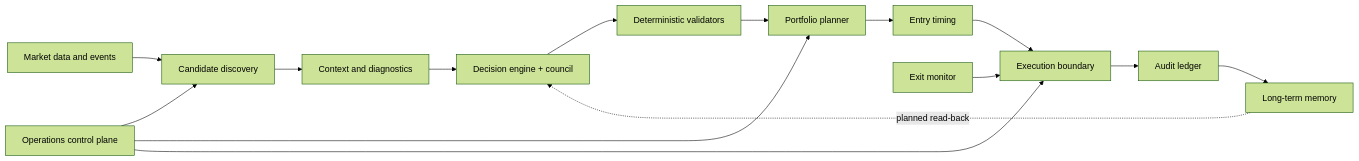
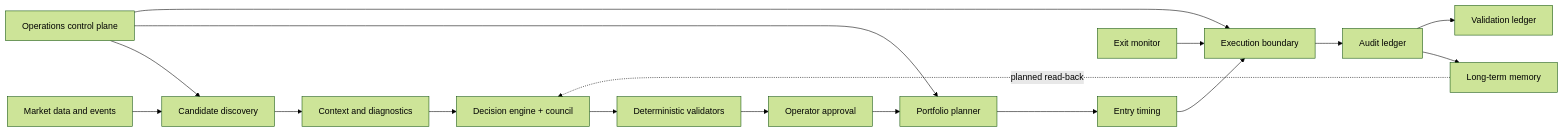
Before and after one commit to Ashwin-RN/kestrel-engine: the diagram in ARCHITECTURE.md, drawn with Mermaid (forest theme). The commit also changed other lines of this file and 56 other files, not shown here.

````diff
--- a/ARCHITECTURE.md
+++ b/ARCHITECTURE.md
@@ -43,17 +44,19 @@
 ```mermaid
 flowchart LR
     A[Market data and events] --> B[Candidate discovery]
     B --> C[Context and diagnostics]
     C --> D[Decision engine + council]
     D --> E[Deterministic validators]
-    E --> F[Portfolio planner]
+    E --> O[Operator approval]
+    O --> F[Portfolio planner]
     F --> G[Entry timing]
     G --> H[Execution boundary]
     H --> I[Audit ledger]
     I --> J[Long-term memory]
+    I --> V[Validation ledger]
     J -. planned read-back .-> D
     K[Exit monitor] --> H
     L[Operations control plane] --> B
     L --> F
     L --> H
 ```
````
